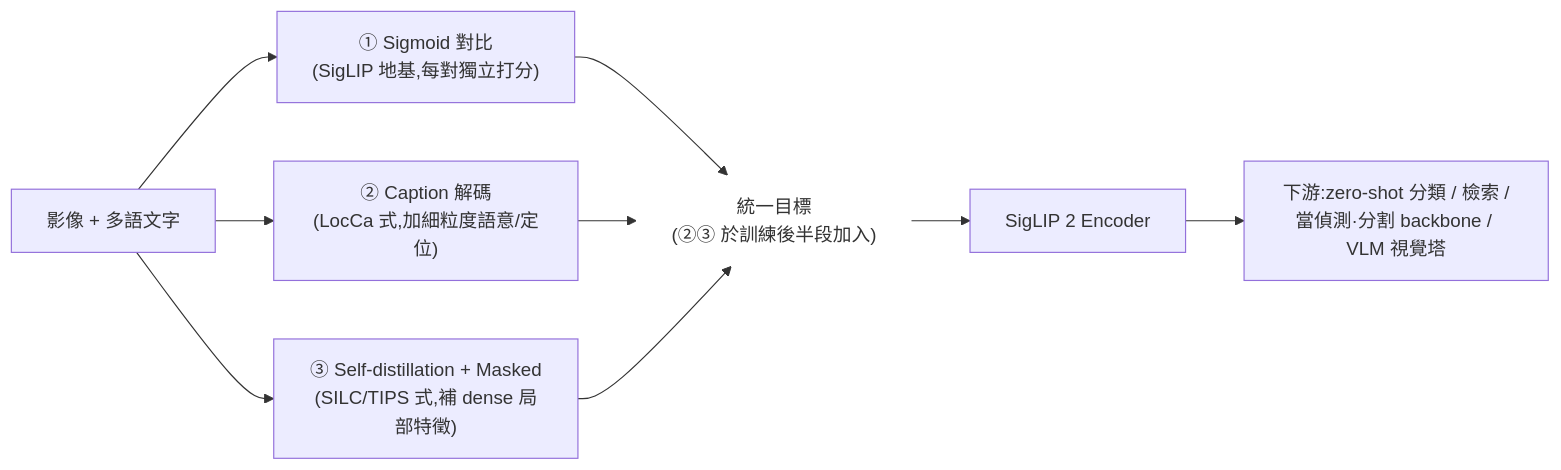
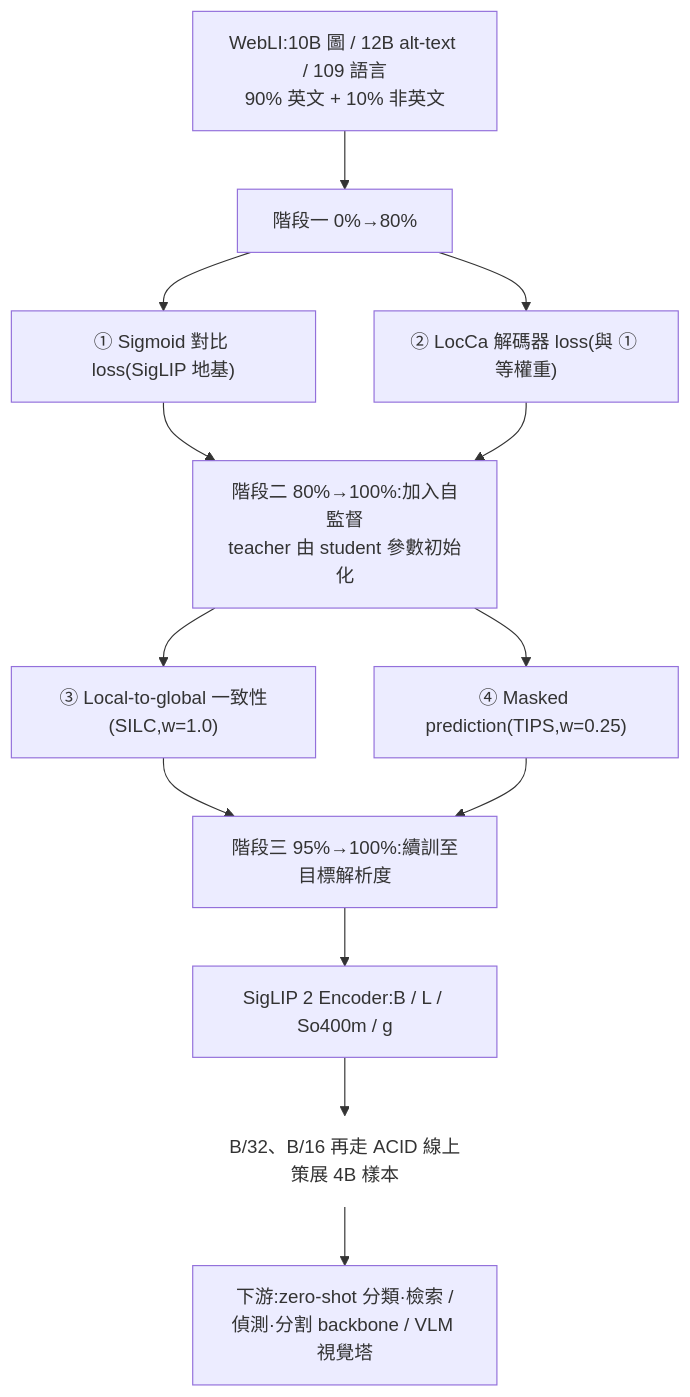
Before and after one commit to henry2-9/rgbir-paper-walkthrough: the diagram in papers/siglip2.md, drawn with Mermaid. The commit also changed other lines of this file and 1 other file, not shown here.

Commit message:
SigLIP 2 導讀更新為深入版;sync.py 補「對我研究」剝除規則、移除筆記製作說明、修正 marked 粗體與波浪號解析;VL-ACFDet 改用 vault 新路徑

````diff
--- a/papers/siglip2.md
+++ b/papers/siglip2.md
@@ -32,11 +40,16 @@
 ```mermaid
-flowchart LR
+flowchart TB
     classDef el fill:transparent,stroke:none;
-    IMG["影像 + 多語文字"] --> SIG["① Sigmoid 對比<br/>(SigLIP 地基,每對獨立打分)"]
-    IMG --> CAP["② Caption 解碼<br/>(LocCa 式,加細粒度語意/定位)"]
-    IMG --> SS["③ Self-distillation + Masked<br/>(SILC/TIPS 式,補 dense 局部特徵)"]
-    SIG --> SUM["統一目標<br/>(②③ 於訓練後半段加入)"]:::el --> ENC["SigLIP 2 Encoder"]
-    CAP --> SUM
-    SS --> SUM
-    ENC --> USE["下游:zero-shot 分類 / 檢索 /<br/>當偵測·分割 backbone / VLM 視覺塔"]
+    DATA["WebLI:10B 圖 / 12B alt-text / 109 語言<br/>90% 英文 + 10% 非英文"] --> P1["階段一 0%→80%"]
+    P1 --> SIG["① Sigmoid 對比 loss(SigLIP 地基)"]
+    P1 --> CAP["② LocCa 解碼器 loss(與 ① 等權重)"]
+    SIG --> P2["階段二 80%→100%:加入自監督<br/>teacher 由 student 參數初始化"]
+    CAP --> P2
+    P2 --> SS1["③ Local-to-global 一致性(SILC,w=1.0)"]
+    P2 --> SS2["④ Masked prediction(TIPS,w=0.25)"]
+    SS1 --> P3["階段三 95%→100%:續訓至目標解析度"]
+    SS2 --> P3
+    P3 --> ENC["SigLIP 2 Encoder:B / L / So400m / g"]
+    ENC --> ACID["B/32、B/16 再走 ACID 線上策展 4B 樣本"]:::el
+    ACID --> USE["下游:zero-shot 分類·檢索 /<br/>偵測·分割 backbone / VLM 視覺塔"]
 ```
````
